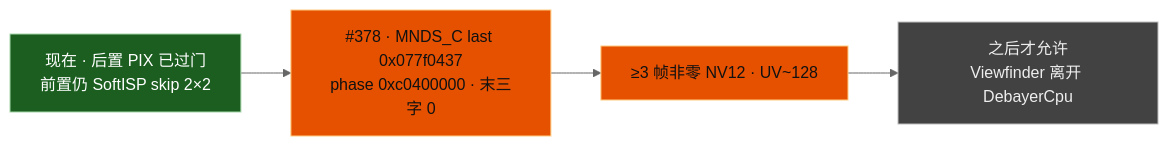
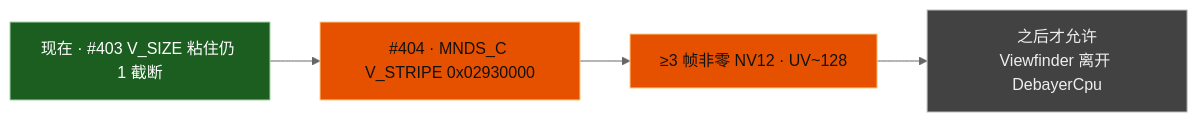
One commit to Huabin1010/dagu-mainline-linux changed the first of 5 diagrams in linux-mainline/docs/dagu-ife-front-pipeline-status.md. Above: the diagram before and after it, drawn with Mermaid (neutral theme). The commit also changed other lines of this file and 11 other files, not shown here.

````diff
--- a/linux-mainline/docs/dagu-ife-front-pipeline-status.md
+++ b/linux-mainline/docs/dagu-ife-front-pipeline-status.md
@@ -30,17 +56,17 @@
 ```mermaid
 flowchart LR
-  NOW["现在 · 后置 PIX 已过门<br/>前置仍 SoftISP skip 2×2"]
-  CUT["#378 · MNDS_C last 0x077f0437<br/>phase 0xc0400000 · 末三字 0"]
+  NOW["现在 · #403 V_SIZE 粘住仍 1 截断"]
+  CUT["#404 · MNDS_C V_STRIPE 0x02930000"]
   GOAL["≥3 帧非零 NV12 · UV~128"]
   LATER["之后才允许<br/>Viewfinder 离开 DebayerCpu"]
   NOW --> CUT --> GOAL --> LATER
 
   class NOW ok
   class CUT gap
   class GOAL gap
   class LATER later
 
   classDef ok fill:#1b5e20,stroke:#a5d6a7,color:#fff
   classDef gap fill:#e65100,stroke:#ffcc80,color:#111
   classDef later fill:#424242,stroke:#bdbdbd,color:#eee
 ```
````
